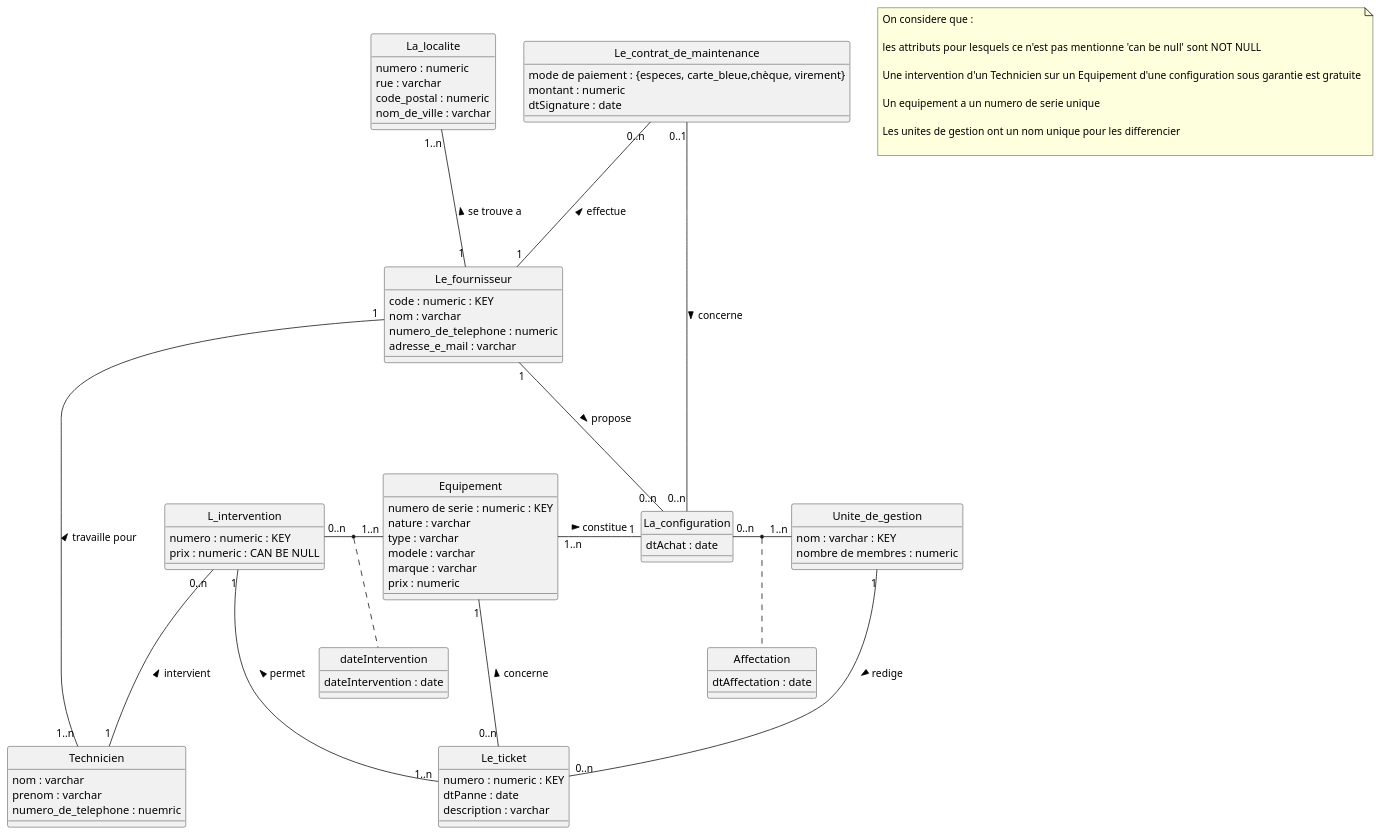
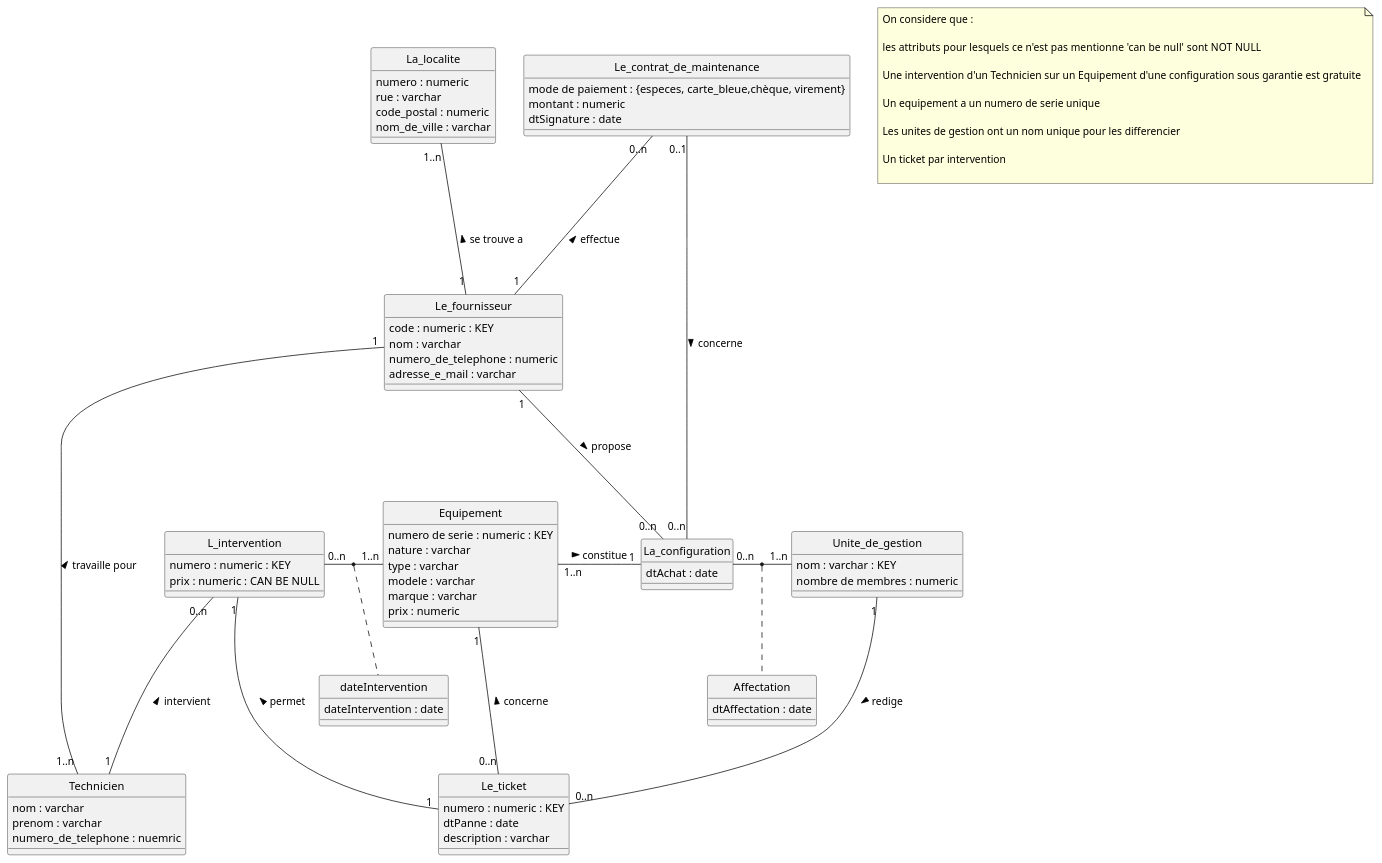
The diagram in Parc informatique.plantuml (pltheoclement/nf18), drawn with PlantUML before and after one commit.

Commit message:
Update Parc informatique.plantuml

```diff
--- a/Parc informatique.plantuml
+++ b/Parc informatique.plantuml
@@ -1,100 +1,102 @@
 @startuml
 hide circle
 
 class Equipement {
   numero de serie : numeric : KEY
   nature : varchar
   type : varchar
   modele : varchar
   marque : varchar
   prix : numeric
 }
 
 class Le_ticket {
   numero : numeric : KEY
   dtPanne : date
   description : varchar
 }
 
 
 class L_intervention {
   numero : numeric : KEY
   prix : numeric : CAN BE NULL
 }
 
 class Technicien {
   nom : varchar
   prenom : varchar
   numero_de_telephone : nuemric
 }
 
 class La_configuration {
   dtAchat : date
 }
 
 
 class Le_fournisseur {
   code : numeric : KEY
   nom : varchar
   numero_de_telephone : numeric
   adresse_e_mail : varchar
 }
 
 class La_localite {
   numero : numeric
   rue : varchar
   code_postal : numeric
   nom_de_ville : varchar
 }
 
 
 class Le_contrat_de_maintenance {
   mode de paiement : {especes, carte_bleue,chèque, virement}
   montant : numeric
   dtSignature : date
 }
 
 
 class Unite_de_gestion {
  nom : varchar : KEY
  nombre de membres : numeric
 }
 
 
 class Affectation {
   dtAffectation : date
 }
 
 class dateIntervention {
   dateIntervention : date
 }
 
 Le_fournisseur "1" -- "1..n" Technicien : travaille pour <
 L_intervention "0..n" --- "1" Technicien : intervient <
 La_configuration "0..n" - "1..n" Unite_de_gestion
 (La_configuration,Unite_de_gestion) . Affectation
 L_intervention "0..n" - "1..n" Equipement
 Le_contrat_de_maintenance "0..1" -- "0..n" La_configuration : concerne >
 Le_fournisseur "1" --- "0..n" La_configuration : propose >
 Equipement "1..n" - "1" La_configuration : constitue >
 La_localite "1..n" --- "1" Le_fournisseur : se trouve a <
 Le_contrat_de_maintenance "0..n" --- "1" Le_fournisseur  : effectue <
 Unite_de_gestion "1" --- "0..n" Le_ticket : redige >
 Equipement "1" -- "0..n" Le_ticket : concerne <
-L_intervention "1" -- "1..n" Le_ticket : permet <
+L_intervention "1" -- "1" Le_ticket : permet <
 (L_intervention,Equipement) . dateIntervention
 
 note as n1
   On considere que :
 
   les attributs pour lesquels ce n'est pas mentionne 'can be null' sont  NOT NULL
 
   Une intervention d'un Technicien sur un Equipement d'une configuration sous garantie est gratuite
 
   Un equipement a un numero de serie unique
 
   Les unites de gestion ont un nom unique pour les differencier
 
+  Un ticket par intervention
+
  end note
 
 @enduml
```
